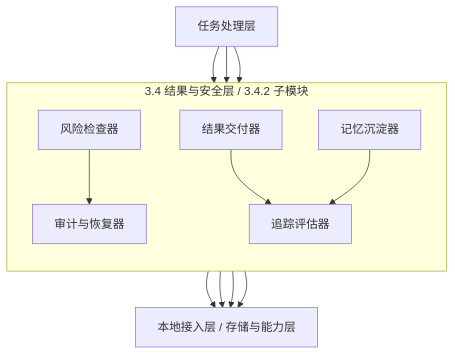
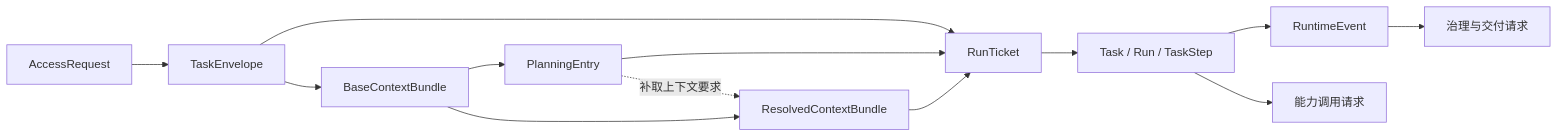
Before and after one commit to Blackcloudss/CialloClaw: the ninth of 20 diagrams in docs/architecture-overview.md, drawn with Mermaid. The commit also changed other lines of this file, not shown here.

Commit message:
Update architecture design document

````diff
--- a/docs/architecture-overview.md
+++ b/docs/architecture-overview.md
@@ -454,26 +592,26 @@
 ```mermaid
-flowchart TB
-    PREV[任务处理层]
+flowchart LR
+    RQ[AccessRequest]
+    TE[TaskEnvelope]
+    BC[BaseContextBundle]
+    PE[PlanningEntry]
+    RC[ResolvedContextBundle]
+    RT[RunTicket]
+    RS[Task / Run / TaskStep]
+    EV[RuntimeEvent]
+    GE[治理与交付请求]
+    CA[能力调用请求]
 
-    subgraph SafeLayer[3.4 结果与安全层 / 3.4.2 子模块]
-        direction TB
-        S1[风险检查器]
-        S2[结果交付器]
-        S3[记忆沉淀器]
-        S4[审计与恢复器]
-        S5[追踪评估器]
-    end
-
-    NEXT[本地接入层 / 存储与能力层]
-
-    PREV --> S1
-    PREV --> S2
-    PREV --> S3
-    S1 --> S4
-    S2 --> S5
-    S3 --> S5
-    S1 --> NEXT
-    S2 --> NEXT
-    S3 --> NEXT
-    S4 --> NEXT
+    RQ --> TE
+    TE --> BC
+    BC --> PE
+    PE -. 补取上下文要求 .-> RC
+    BC --> RC
+    TE --> RT
+    PE --> RT
+    RC --> RT
+    RT --> RS
+    RS --> EV
+    RS --> CA
+    EV --> GE
 ```
````
